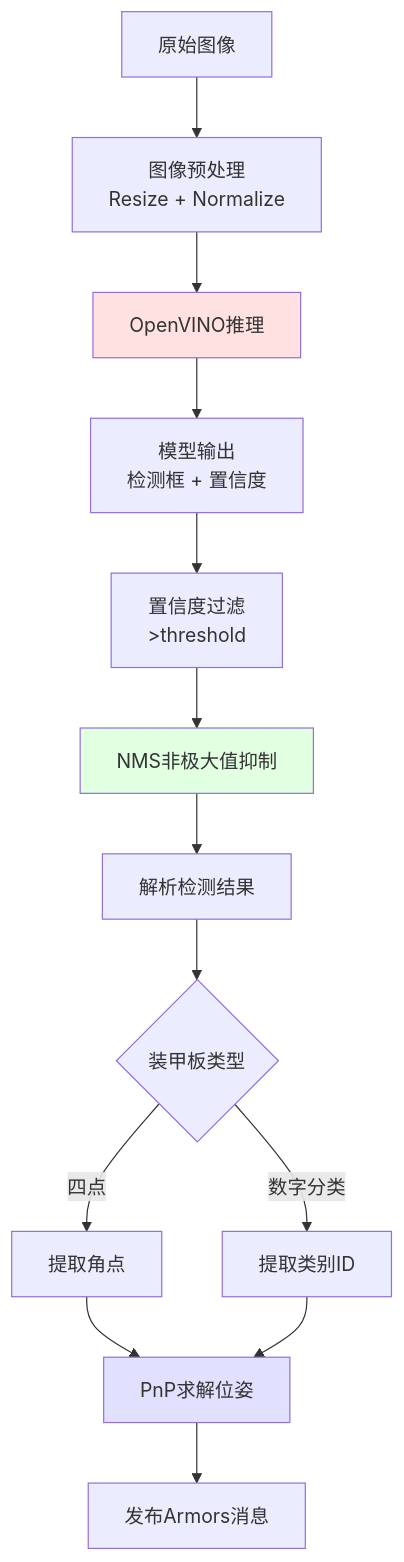
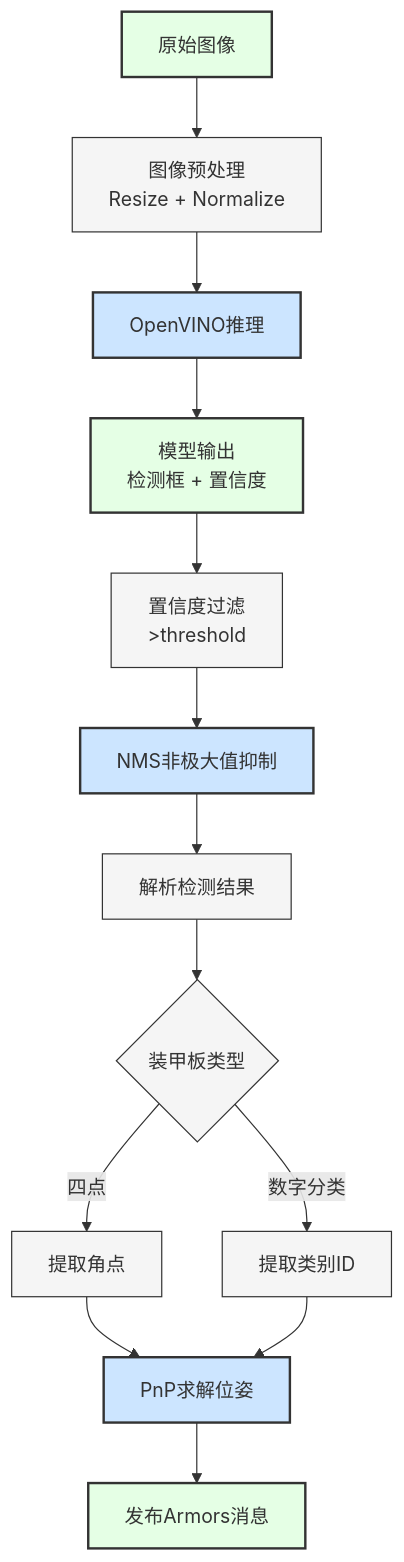
One commit to happywosabi/pb2025_sentry_ws changed the fourth of 11 diagrams in docs/03_感知层.md. Above: the diagram before and after it, drawn with Mermaid. The commit also changed other lines of this file and 5 other files, not shown here.

````diff
--- a/docs/03_感知层.md
+++ b/docs/03_感知层.md
@@ -231,22 +231,26 @@
 ```mermaid
 graph TB
     A[原始图像] --> B[图像预处理<br>Resize + Normalize]
     B --> C[OpenVINO推理]
     C --> D[模型输出<br>检测框 + 置信度]
 
     D --> E[置信度过滤<br>>threshold]
     E --> F[NMS非极大值抑制]
     F --> G[解析检测结果]
 
     G --> H{装甲板类型}
     H -->|四点| I[提取角点]
     H -->|数字分类| J[提取类别ID]
 
     I --> K[PnP求解位姿]
     J --> K
     K --> L[发布Armors消息]
 
-    style C fill:#ffe1e1
-    style F fill:#e1ffe1
-    style K fill:#e1e1ff
+    classDef perceptionClass fill:#CCE5FF,stroke:#333,stroke-width:2px
+    classDef dataClass fill:#E5FFE5,stroke:#333,stroke-width:2px
+    classDef processClass fill:#F5F5F5,stroke:#333,stroke-width:1px
+
+    class C,F,K perceptionClass
+    class A,D,L dataClass
+    class B,E,G,H,I,J processClass
 ```
````
